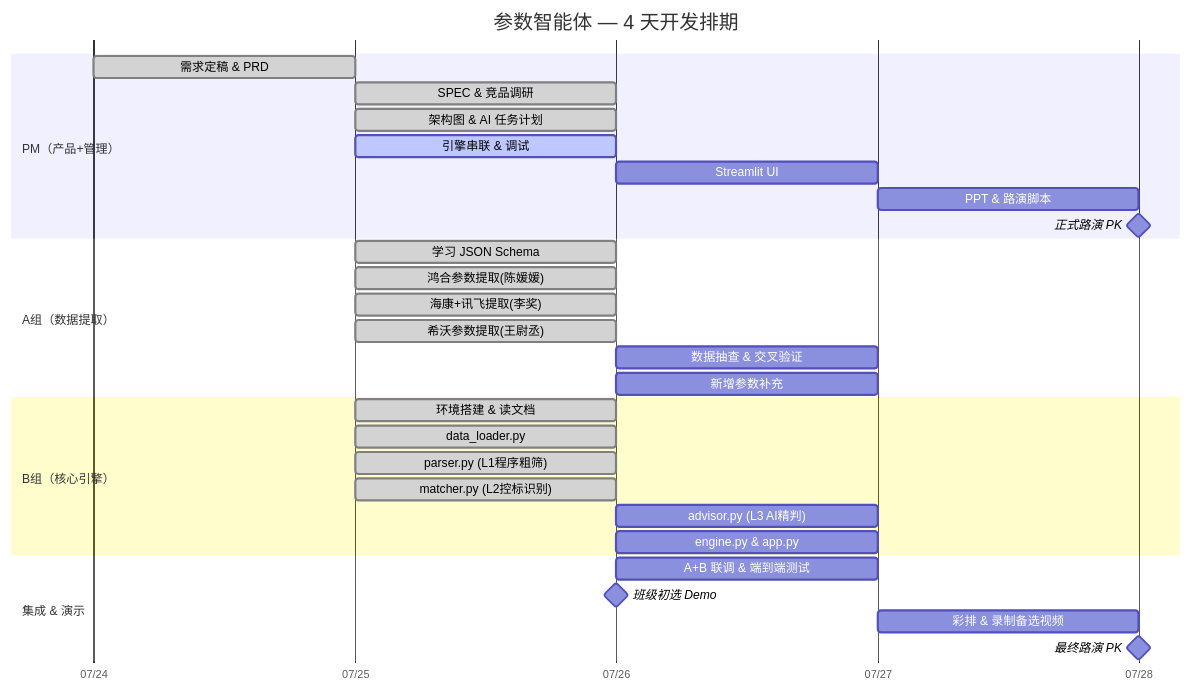
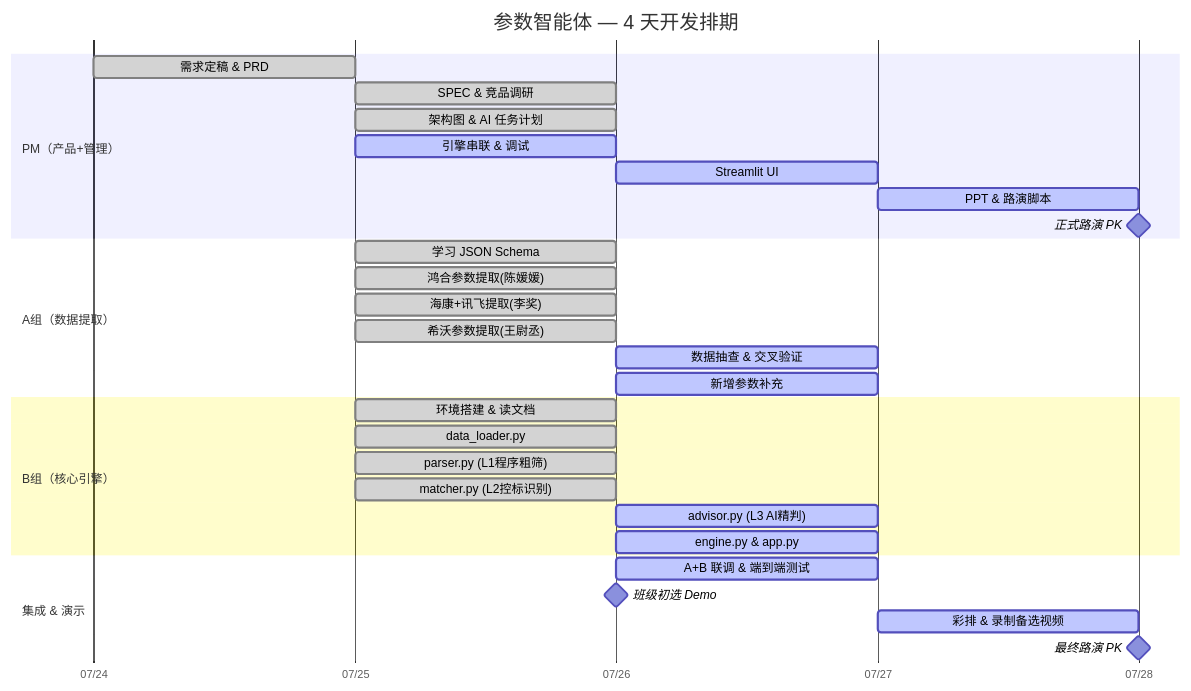
One commit to Zhangziqiang997/ifly-agent changed the diagram in docs/01-team-schedule.md. Above: the diagram before and after it, drawn with Mermaid. The commit also changed 4 other files, not shown here.

First line of the commit message:
v0.5.6 -- fix Gantt colors + integrate MinerU into architecture diagram

````diff
--- a/docs/01-team-schedule.md
+++ b/docs/01-team-schedule.md
@@ -22,38 +22,38 @@
 ```mermaid
 gantt
     title 参数智能体 — 4 天开发排期
     dateFormat  MM-DD
     axisFormat  %m/%d
     tickInterval 1day
 
     section PM（产品+管理）
     需求定稿 & PRD        :done,    pm1, 07-24, 1d
     SPEC & 竞品调研       :done,    pm2, 07-25, 1d
     架构图 & AI 任务计划   :done,    pm3, 07-25, 1d
     引擎串联 & 调试        :active,  pm4, 07-25, 1d
-    Streamlit UI           :         pm5, 07-26, 1d
-    PPT & 路演脚本          :         pm6, 07-27, 1d
+    Streamlit UI           :active,  pm5, 07-26, 1d
+    PPT & 路演脚本          :active,  pm6, 07-27, 1d
     正式路演 PK            :milestone, pm_m, 07-28, 0d
 
     section A组（数据提取）
     学习 JSON Schema      :done,    a0, 07-25, 0.5d
     鸿合参数提取(陈媛媛)    :done,    a1, 07-25, 0.5d
     海康+讯飞提取(李奖)     :done,    a2, 07-25, 0.5d
     希沃参数提取(王尉丞)    :done,    a3, 07-25, 0.5d
-    数据抽查 & 交叉验证     :         a4, 07-26, 0.5d
-    新增参数补充            :         a5, 07-26, 0.5d
+    数据抽查 & 交叉验证     :active,  a4, 07-26, 0.5d
+    新增参数补充            :active,  a5, 07-26, 0.5d
 
     section B组（核心引擎）
     环境搭建 & 读文档       :done,    b0, 07-25, 0.5d
     data_loader.py         :done,    b1, 07-25, 0.5d
     parser.py (L1程序粗筛)  :done,    b2, 07-25, 0.5d
     matcher.py (L2控标识别) :done,    b3, 07-25, 0.5d
-    advisor.py (L3 AI精判)  :         b4, 07-26, 0.5d
-    engine.py & app.py      :         b5, 07-26, 1d
+    advisor.py (L3 AI精判)  :active,  b4, 07-26, 0.5d
+    engine.py & app.py      :active,  b5, 07-26, 1d
 
     section 集成 & 演示
-    A+B 联调 & 端到端测试   :         int1, 07-26, 1d
+    A+B 联调 & 端到端测试   :active,  int1, 07-26, 1d
     班级初选 Demo           :milestone, int_m1, 07-26, 0d
-    彩排 & 录制备选视频      :         int2, 07-27, 1d
+    彩排 & 录制备选视频      :active,  int2, 07-27, 1d
     最终路演 PK             :milestone, int_m2, 07-28, 0d
 ```
````
